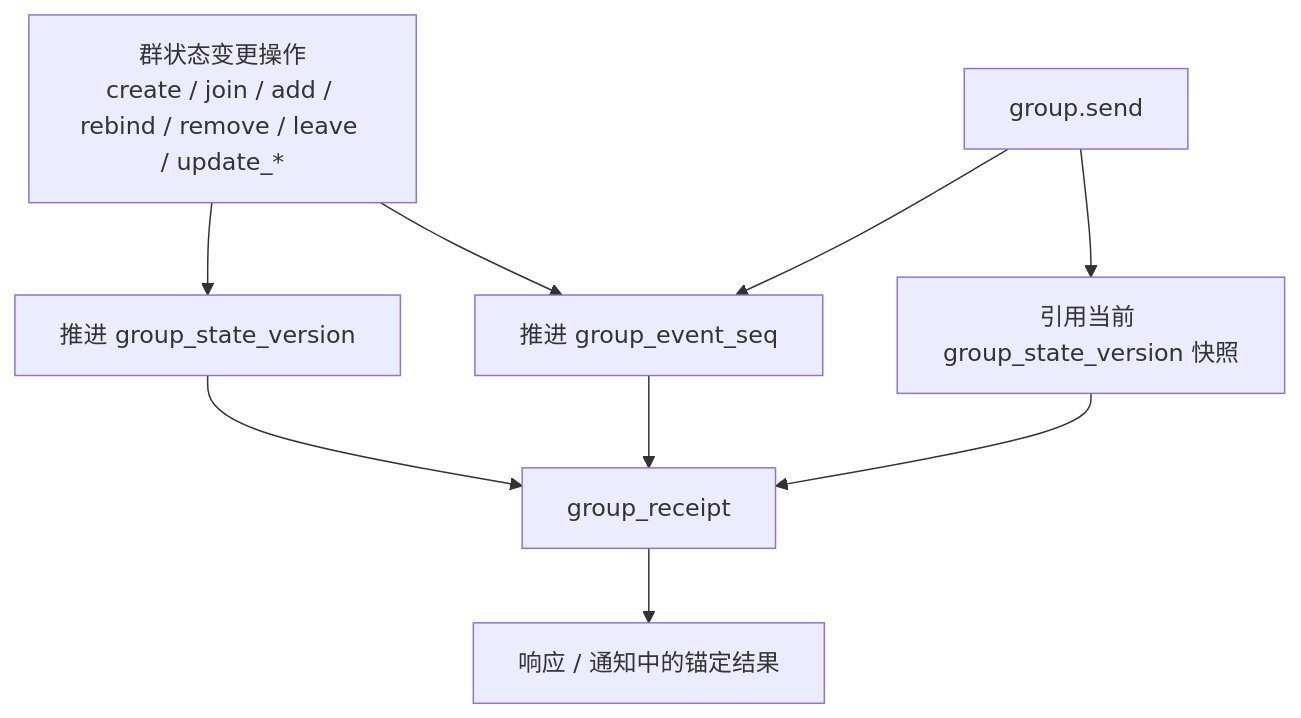
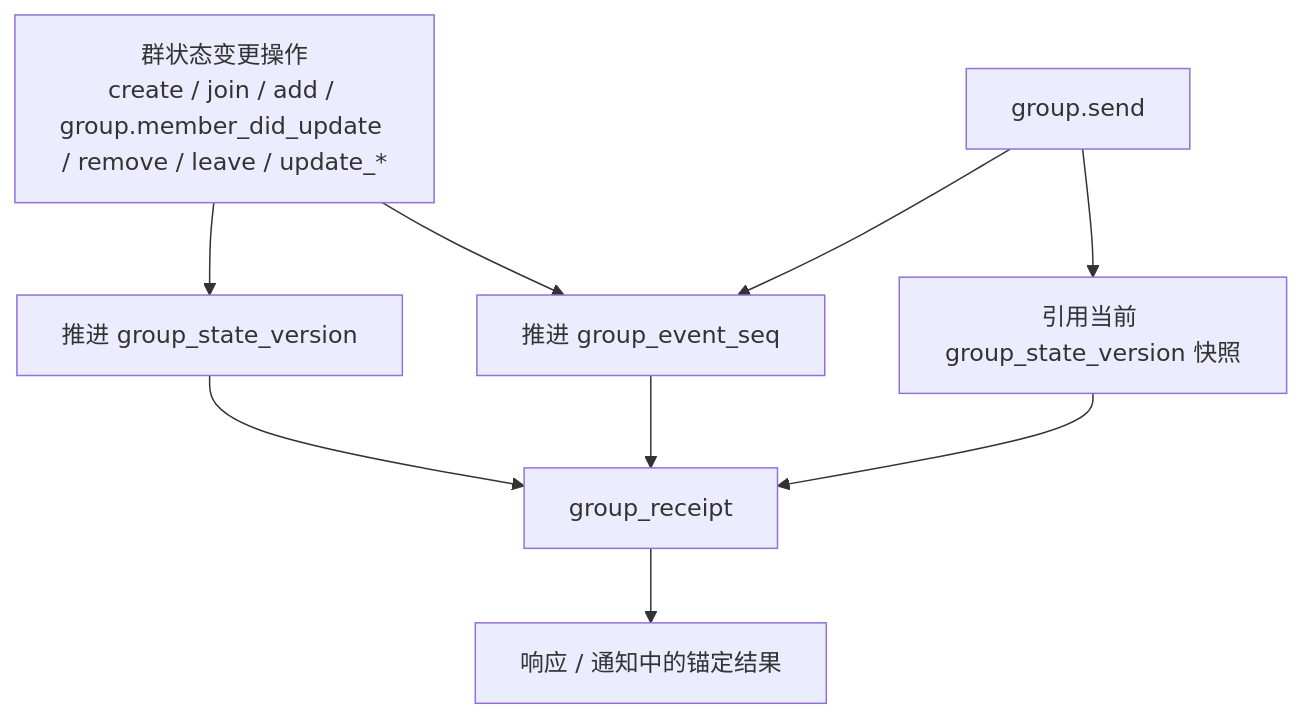
Before and after one commit to NeatNerdPrime/AgentNetworkProtocol: the second of 6 diagrams in chinese/message/vnext/04-群组基础语义.md, drawn with Mermaid. The commit also changed other lines of this file and 19 other files, not shown here.

````diff
--- a/chinese/message/vnext/04-群组基础语义.md
+++ b/chinese/message/vnext/04-群组基础语义.md
@@ -257,17 +253,17 @@
 ```mermaid
 flowchart TD
-COps[群状态变更操作<br/>create / join / add / rebind / remove / leave / update_*]
+COps[群状态变更操作<br/>create / join / add / group.member_did_update / remove / leave / update_*]
 Msg[group.send]
 
 COps --> SV[推进 group_state_version]
 COps --> SEQ[推进 group_event_seq]
 
 Msg --> SEQ
 Msg --> SNAP[引用当前 group_state_version 快照]
 
 SV --> RC[group_receipt]
 SEQ --> RC
 SNAP --> RC
 
 RC --> OUT[响应 / 通知中的锚定结果]
 ```
````
